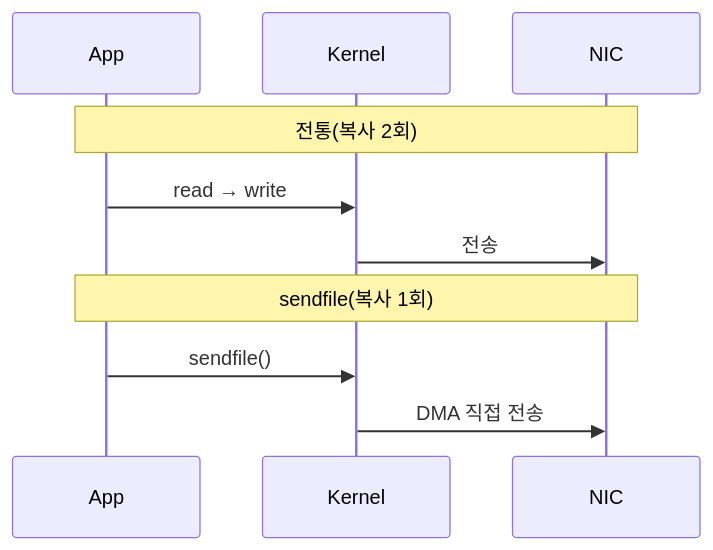
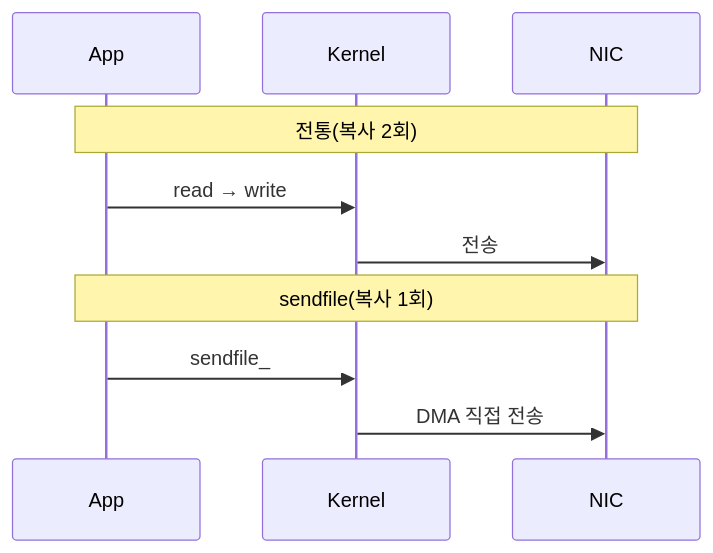
One commit to yjkim2015/yjkim2015.github.io changed the sixth of 18 diagrams in _posts/server/2026-05-01-nginx.md. Above: the diagram before and after it, drawn with Mermaid. The commit also changed other lines of this file and 85 other files, not shown here.

First line of the commit message:
sequenceDiagram 문법 에러 2차 수정 169개 (86파일)

````diff
--- a/_posts/server/2026-05-01-nginx.md
+++ b/_posts/server/2026-05-01-nginx.md
@@ -122,12 +122,12 @@
 ```mermaid
 sequenceDiagram
     participant A as App
     participant K as Kernel
     participant N as NIC
     Note over A,N: 전통(복사 2회)
     A->>K: read → write
     K->>N: 전송
     Note over A,N: sendfile(복사 1회)
-    A->>K: sendfile()
+    A->>K: sendfile_
     K->>N: DMA 직접 전송
 ```
````
